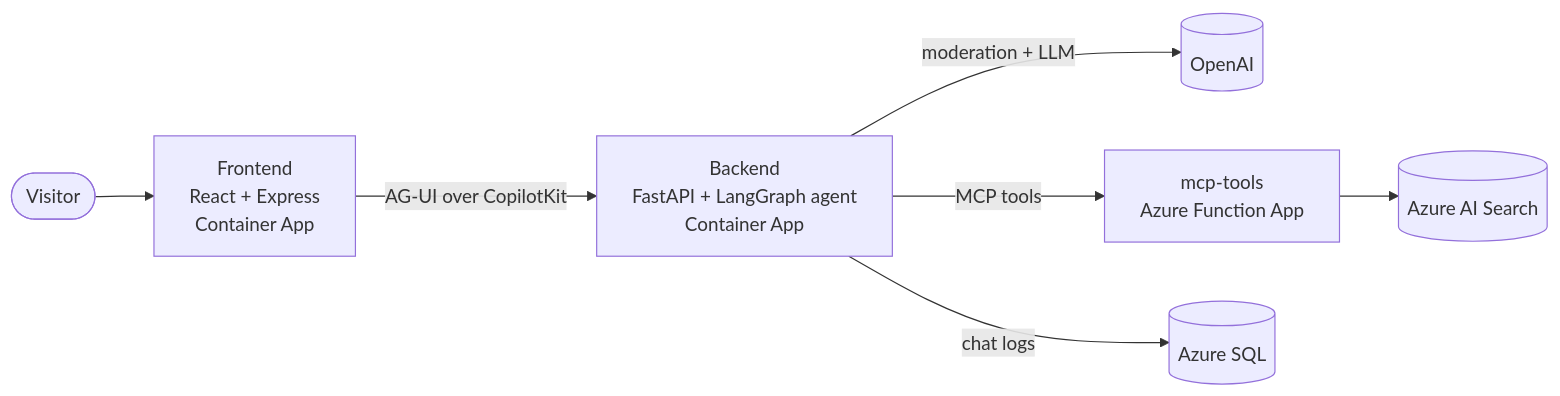
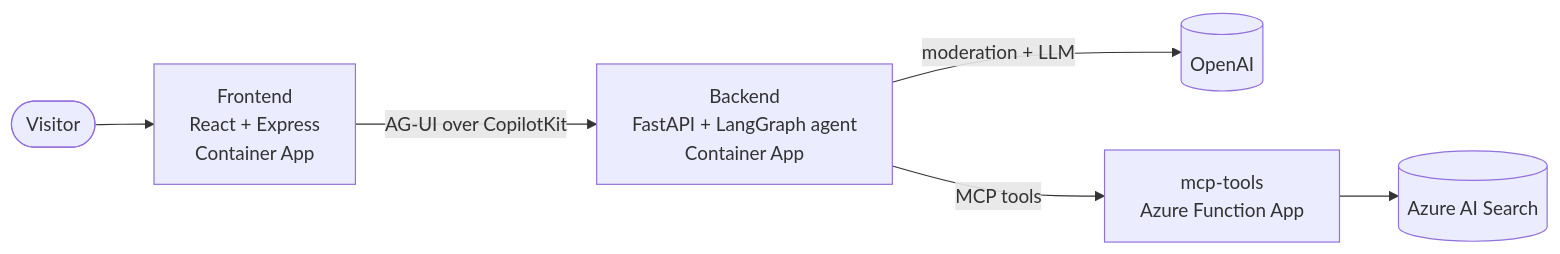
Before and after one commit to Fredheda/Portfolio: the diagram in README.md, drawn with Mermaid. The commit also changed other lines of this file and 3 other files, not shown here.

````diff
--- a/README.md
+++ b/README.md
@@ -20,9 +20,8 @@
 ```mermaid
 flowchart LR
     Visitor([Visitor]) --> Web["Frontend<br/>React + Express<br/>Container App"]
     Web -- "AG-UI over CopilotKit" --> Backend["Backend<br/>FastAPI + LangGraph agent<br/>Container App"]
     Backend -- "moderation + LLM" --> OpenAI[(OpenAI)]
     Backend -- "MCP tools" --> Tools["mcp-tools<br/>Azure Function App"]
     Tools --> Search[(Azure AI Search)]
-    Backend -- "chat logs" --> SQL[(Azure SQL)]
 ```
````
